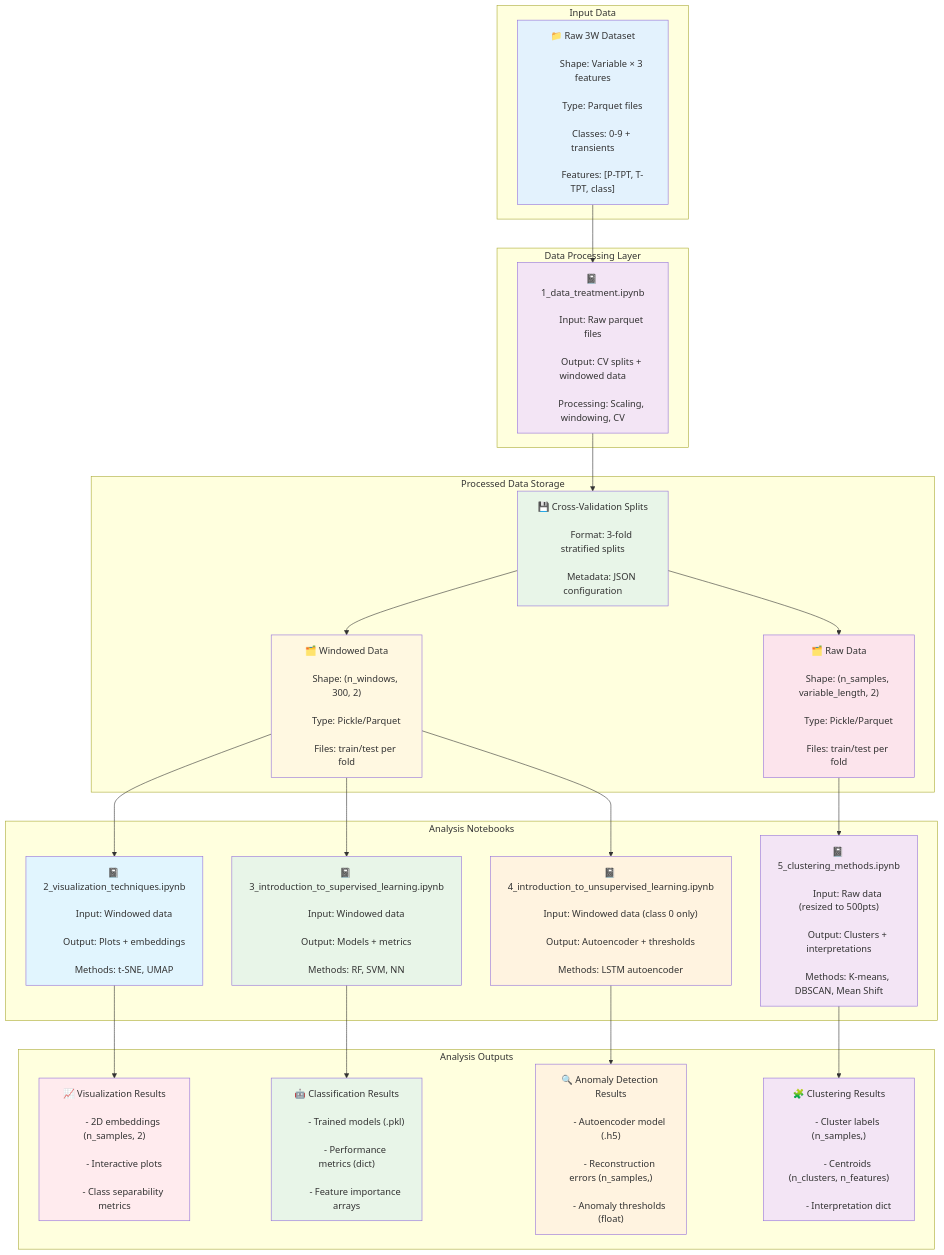
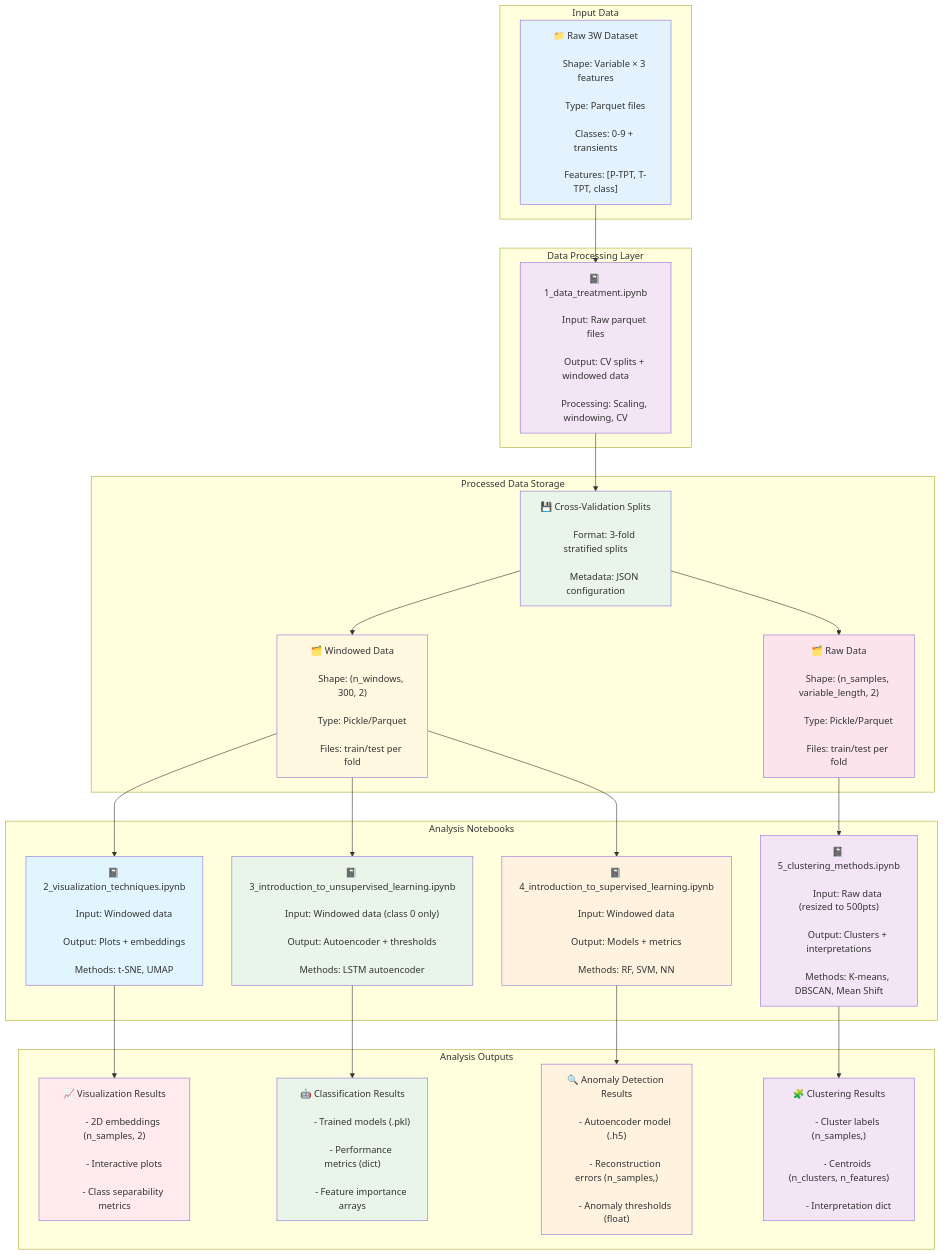
One commit to petrobras/3W changed the first of 2 diagrams in resources/introduction_to_ml_applied_to_mts/README.md. Above: the diagram before and after it, drawn with Mermaid. The commit also changed other lines of this file and 2 other files, not shown here.

Commit message:
[feat] notebook names, readme and notebook 5 theory

```diff
--- a/resources/introduction_to_ml_applied_to_mts/README.md
+++ b/resources/introduction_to_ml_applied_to_mts/README.md
@@ -58,16 +58,16 @@
         Input: Windowed data<br/>
         Output: Plots + embeddings<br/>
         Methods: t-SNE, UMAP"]
+
+        G["📓 3_introduction_to_unsupervised_learning.ipynb<br/>
+        Input: Windowed data (class 0 only)<br/>
+        Output: Autoencoder + thresholds<br/>
+        Methods: LSTM autoencoder"]
         
-        G["📓 3_introduction_to_supervised_learning.ipynb<br/>
+        H["📓 4_introduction_to_supervised_learning.ipynb<br/>
         Input: Windowed data<br/>
         Output: Models + metrics<br/>
         Methods: RF, SVM, NN"]
-        
-        H["📓 4_introduction_to_unsupervised_learning.ipynb<br/>
-        Input: Windowed data (class 0 only)<br/>
-        Output: Autoencoder + thresholds<br/>
-        Methods: LSTM autoencoder"]
         
         I["📓 5_clustering_methods.ipynb<br/>
         Input: Raw data (resized to 500pts)<br/>
```
